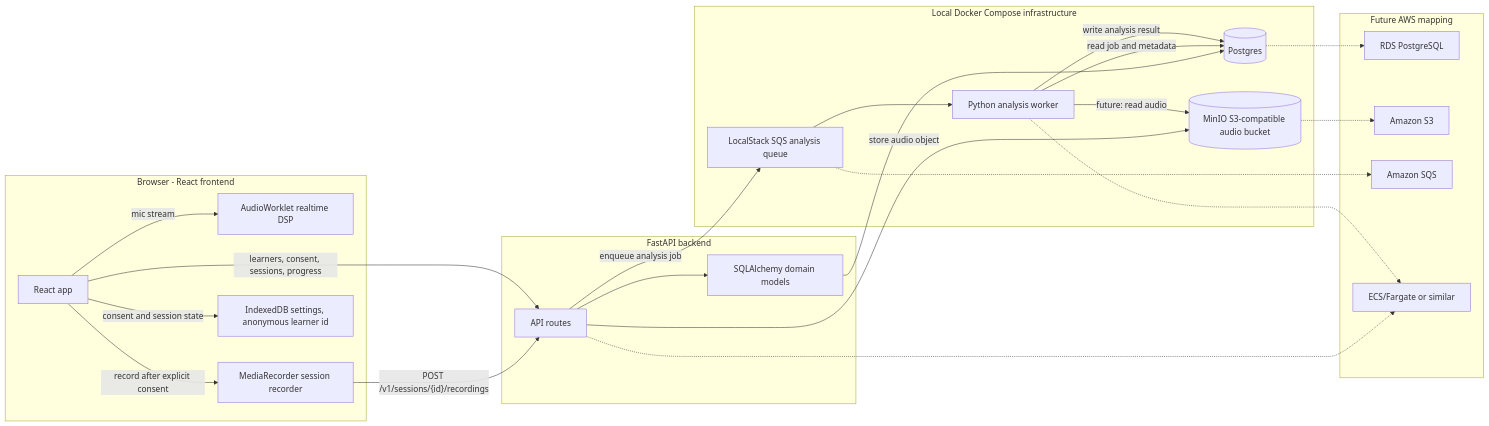
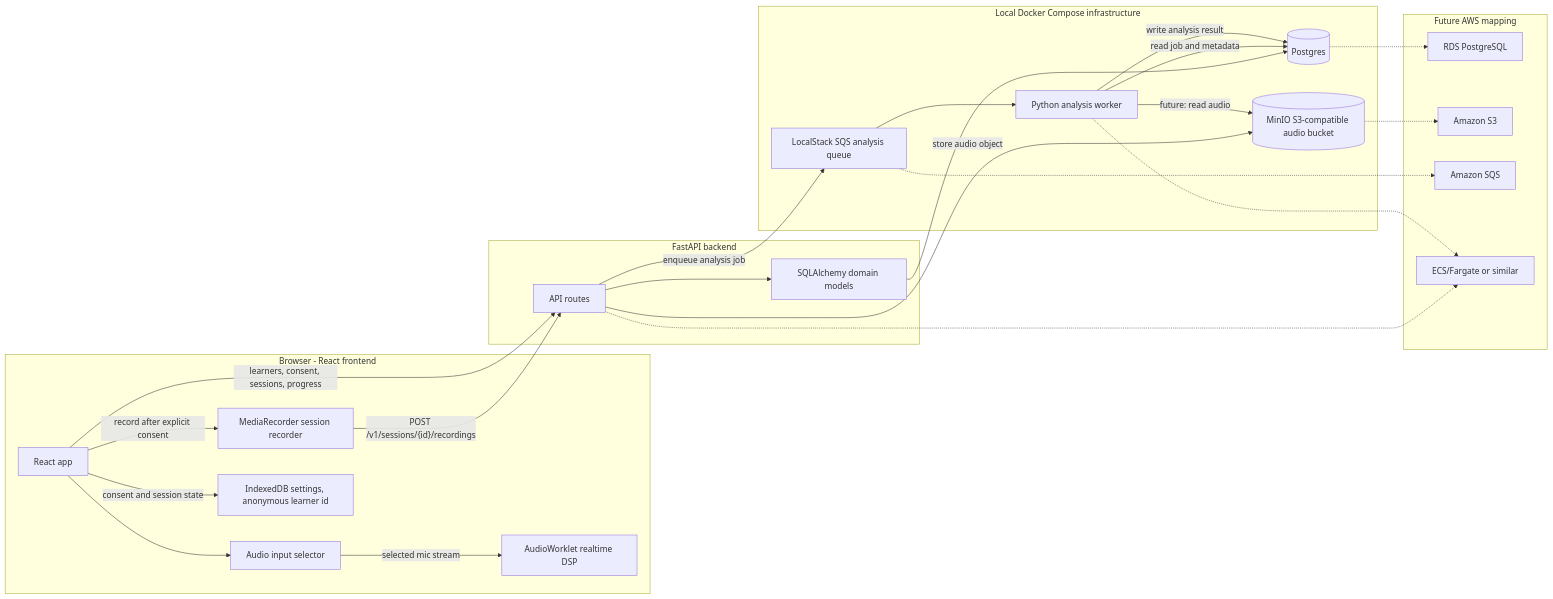
The diagram in docs/system_diagram.md (shivamk3r/guitar), drawn with Mermaid before and after one commit. The commit also changed 26 other files, not shown here.

````diff
--- a/docs/system_diagram.md
+++ b/docs/system_diagram.md
@@ -3,49 +3,51 @@
 ```mermaid
 flowchart LR
   subgraph Browser["Browser - React frontend"]
     UI["React app"]
+    MicSelect["Audio input selector"]
     Worklet["AudioWorklet realtime DSP"]
     Recorder["MediaRecorder session recorder"]
     IndexedDB["IndexedDB settings, anonymous learner id"]
   end
 
   subgraph Backend["FastAPI backend"]
     API["API routes"]
     Models["SQLAlchemy domain models"]
   end
 
   subgraph LocalInfra["Local Docker Compose infrastructure"]
     Postgres[("Postgres")]
     MinIO[("MinIO S3-compatible audio bucket")]
     SQS["LocalStack SQS analysis queue"]
     Worker["Python analysis worker"]
   end
 
-  UI -->|"mic stream"| Worklet
+  UI --> MicSelect
+  MicSelect -->|"selected mic stream"| Worklet
   UI -->|"consent and session state"| IndexedDB
   UI -->|"record after explicit consent"| Recorder
   Recorder -->|"POST /v1/sessions/{id}/recordings"| API
   UI -->|"learners, consent, sessions, progress"| API
 
   API --> Models
   Models --> Postgres
   API -->|"store audio object"| MinIO
   API -->|"enqueue analysis job"| SQS
   SQS --> Worker
   Worker -->|"read job and metadata"| Postgres
   Worker -->|"future: read audio"| MinIO
   Worker -->|"write analysis result"| Postgres
 
   subgraph AWS["Future AWS mapping"]
     RDS["RDS PostgreSQL"]
     S3["Amazon S3"]
     AmazonSQS["Amazon SQS"]
     Containers["ECS/Fargate or similar"]
   end
 
   Postgres -.-> RDS
   MinIO -.-> S3
   SQS -.-> AmazonSQS
   API -.-> Containers
   Worker -.-> Containers
 ```
````
